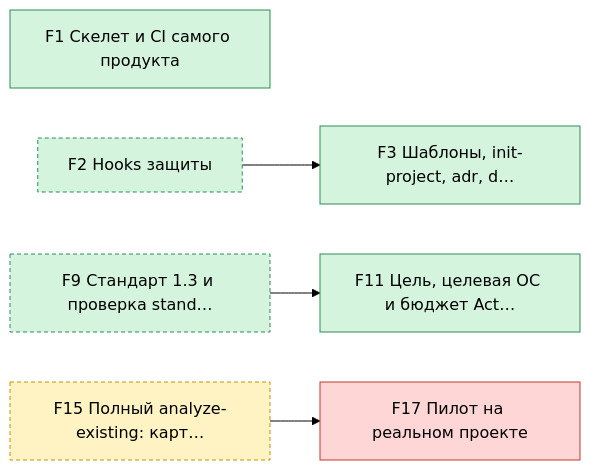
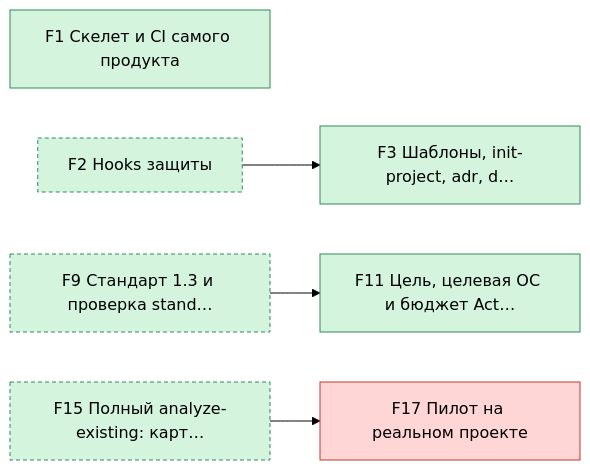
One commit to pete-doc/project-architect changed the first of 6 diagrams in state/STATUS.md. Above: the diagram before and after it, drawn with Mermaid (forest theme). The commit also changed other lines of this file and 2 other files, not shown here.

````diff
--- a/state/STATUS.md
+++ b/state/STATUS.md
@@ -41,22 +37,21 @@
 ```mermaid
 graph LR
   F1["F1 Скелет и CI самого продукта"]
   F3["F3 Шаблоны, init-project, adr, d…"]
   F11["F11 Цель, целевая ОС и бюджет Act…"]
   F17["F17 Пилот на реальном проекте"]
   F2["F2 Hooks защиты"]
   F9["F9 Стандарт 1.3 и проверка stand…"]
   F15["F15 Полный analyze-existing: карт…"]
   F2 --> F3
   F9 --> F11
   F15 --> F17
   classDef done fill:#d4f4dd,stroke:#2e8b57
   classDef work fill:#fff3c4,stroke:#c79100
   classDef blocked fill:#ffd6d6,stroke:#c0392b
   classDef later fill:#eeeeee,stroke:#999999
   classDef outside stroke-dasharray: 4 3
-  class F1,F3,F11,F2,F9 done
-  class F15 work
+  class F1,F3,F11,F2,F9,F15 done
   class F17 blocked
   class F2,F9,F15 outside
 ```
````
